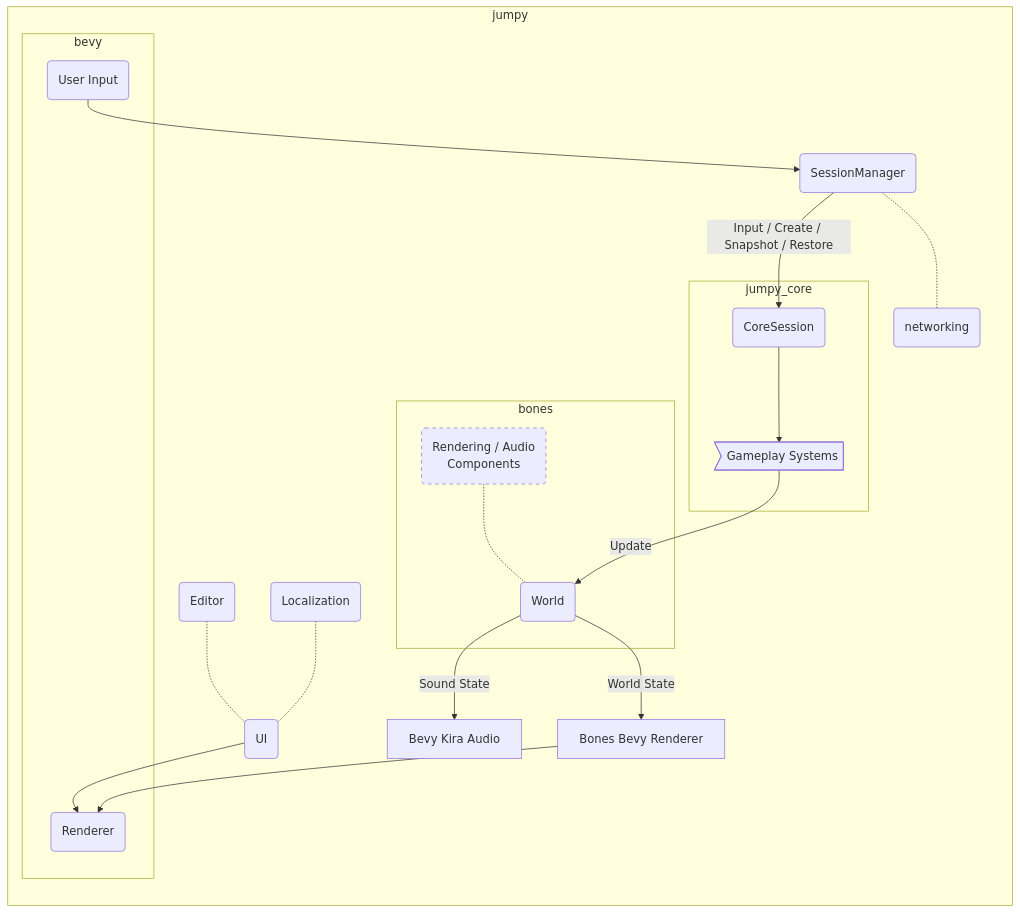
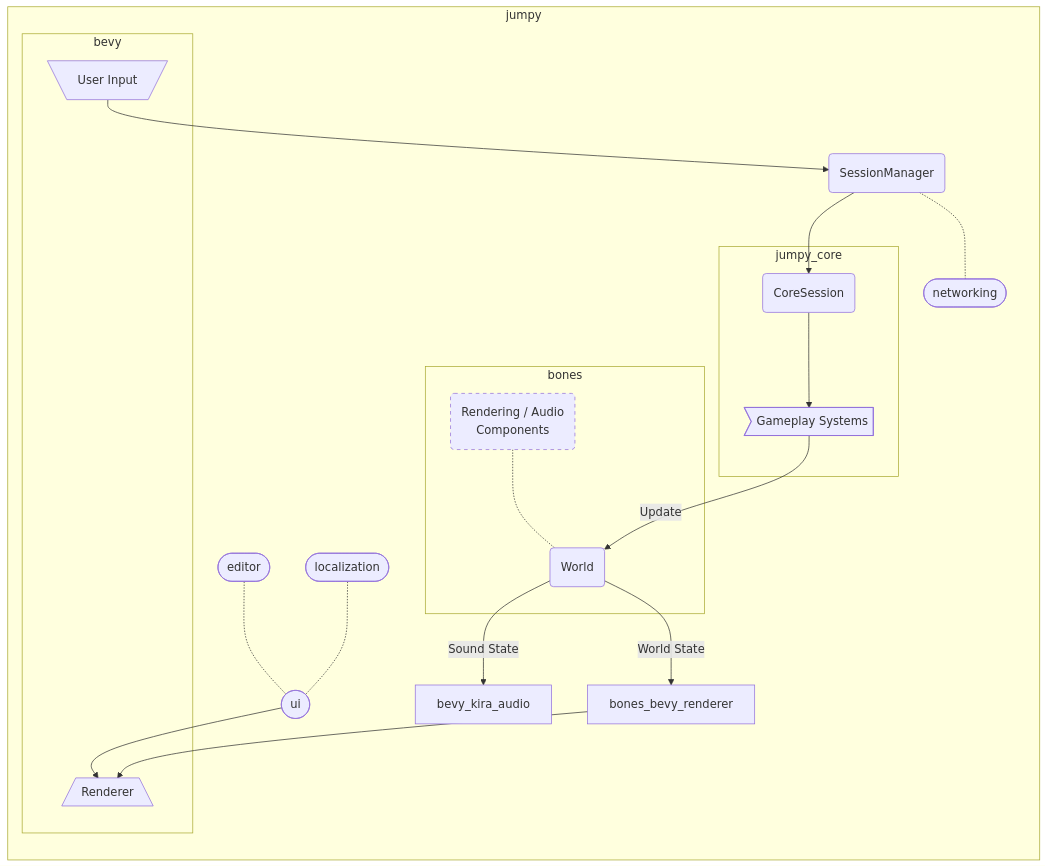
One commit to fishfolk/jumpy changed the second of 2 diagrams in src/README.md. Above: the diagram before and after it, drawn with Mermaid. The commit also changed 1 other file, not shown here.

Commit message:
docs(architecture): improve architecture diagram.
- Tweak styling to distinguish between different kinds of objects.
- Add missing links.
- Fix label issues by turning off monospace font for code nodes.

```diff
--- a/src/README.md
+++ b/src/README.md
@@ -50,47 +50,55 @@
 <pre class="mermaid">
-graph TB
-  sm -- Input / Create / Snapshot / Restore --> cs
+graph TD
   subgraph jumpy
     direction TB
-    sm(SessionManager):::code
-    click sm call docLink(jumpy/session/struct.SessionManager.html)
-    ui(UI)
-    ed(Editor)
-    lo(Localization)
-    n(networking):::code
-    click n call docLink(jumpy/networking/index.html)
-    bkr[Bevy Kira Audio]
-    bbr[Bones Bevy Renderer]
-    bbr --> br
-    sm -.- n
+
+    SessionManager(SessionManager):::code
+    bevyInput --> SessionManager
+
+    click SessionManager call docLink(jumpy/session/struct.SessionManager.html)
+    ui([ui]):::code
+    click ui call docLink(jumpy/ui/index.html)
+    editor([editor]):::code
+    click editor call docLink(jumpy/ui/editor/index.html)
+    localization([localization]):::code
+    click localization call docLink(jumpy/localization/index.html)
+    networking([networking]):::code
+    click networking call docLink(jumpy/networking/index.html)
 
     subgraph jumpy_core
-      cs(CoreSession):::code
-      click cs call docLink(jumpy_core/session/struct.CoreSession.html)
-      gp>Gameplay Systems]
-      cs --> gp
+      CoreSession(CoreSession):::code
+      click CoreSession call docLink(jumpy_core/session/struct.CoreSession.html)
+      gameplaySystems>Gameplay Systems]
+      CoreSession --> gameplaySystems
+    end
+    SessionManager --> CoreSession
+    SessionManager -.- networking
 
-    end
-    gp -- Update --> ecs
+    gameplaySystems -- Update --> World
 
-    ecs -- Sound State --> bkr
-    ecs -- World State --> bbr
     subgraph bones
-      ecs(World):::code
-      click ecs href "https://fishfolk.github.io/bones/rustdoc/bones_ecs/struct.World.html"
-      style rc stroke-dasharray: 5 5
-      rc("Rendering / Audio
+      World(World):::code
+      click World href "https://fishfolk.github.io/bones/rustdoc/bones_ecs/struct.World.html"
+      renderingComponents("Rendering / Audio
           Components")
-      rc -.- ecs
+      style renderingComponents stroke-dasharray: 5
+      renderingComponents -.- World
     end
 
-    ui --> br
-    ed -.- ui
-    lo -.- ui
-    bi --> sm
+    World -- Sound State --> bevy_kira_audio:::code
+    World -- World State --> bones_bevy_renderer:::code
+    click bevy_kira_audio href "https://docs.rs/bevy_kira_audio/latest/bevy_kira_audio/"
+    click bones_bevy_renderer href "https://fishfolk.github.io/bones/rustdoc/bones_bevy_renderer/index.html"
+
+    ui --> bevyRenderer
+    editor -.- ui
+    localization -.- ui
+
+    bones_bevy_renderer --> bevyRenderer
+
     subgraph bevy
-      br(Renderer)
-      bi(User Input)
+      bevyInput[\User Input/]
+      bevyRenderer[/Renderer\]
     end
   end
 </pre>
```
